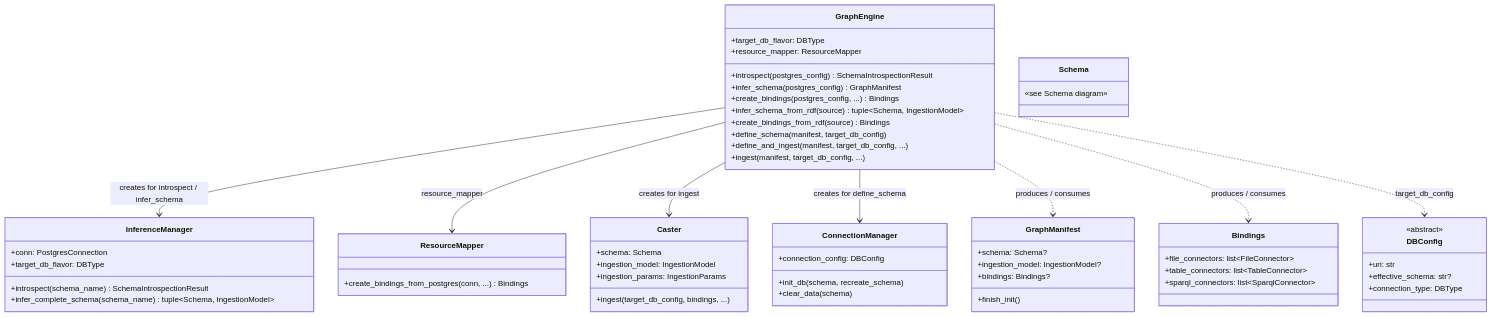
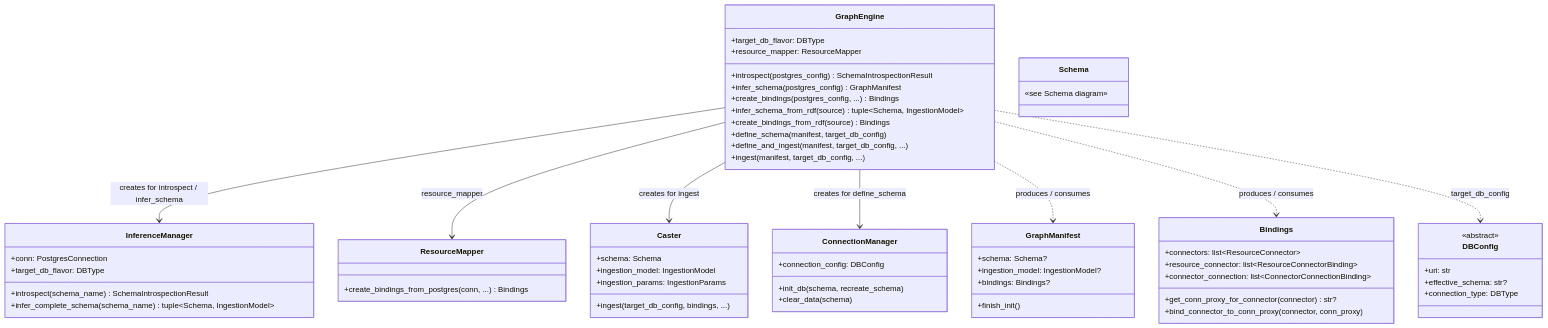
The third of 8 diagrams in docs/concepts/index.md (growgraph/graflo), drawn with Mermaid before and after one commit. The commit also changed other lines of this file and 51 other files, not shown here.

````diff
--- a/docs/concepts/index.md
+++ b/docs/concepts/index.md
@@ -123,73 +123,75 @@
 ```mermaid
 classDiagram
     direction TB
 
     class GraphEngine {
         +target_db_flavor: DBType
         +resource_mapper: ResourceMapper
         +introspect(postgres_config) SchemaIntrospectionResult
         +infer_schema(postgres_config) GraphManifest
         +create_bindings(postgres_config, ...) Bindings
         +infer_schema_from_rdf(source) tuple~Schema, IngestionModel~
         +create_bindings_from_rdf(source) Bindings
         +define_schema(manifest, target_db_config)
         +define_and_ingest(manifest, target_db_config, ...)
         +ingest(manifest, target_db_config, ...)
     }
 
     class InferenceManager {
         +conn: PostgresConnection
         +target_db_flavor: DBType
         +introspect(schema_name) SchemaIntrospectionResult
         +infer_complete_schema(schema_name) tuple~Schema, IngestionModel~
     }
 
     class ResourceMapper {
         +create_bindings_from_postgres(conn, ...) Bindings
     }
 
     class Caster {
         +schema: Schema
         +ingestion_model: IngestionModel
         +ingestion_params: IngestionParams
         +ingest(target_db_config, bindings, ...)
     }
 
     class ConnectionManager {
         +connection_config: DBConfig
         +init_db(schema, recreate_schema)
         +clear_data(schema)
     }
 
     class Schema {
         «see Schema diagram»
     }
 
     class GraphManifest {
         +schema: Schema?
         +ingestion_model: IngestionModel?
         +bindings: Bindings?
         +finish_init()
     }
 
     class Bindings {
-        +file_connectors: list~FileConnector~
-        +table_connectors: list~TableConnector~
-        +sparql_connectors: list~SparqlConnector~
+        +connectors: list~ResourceConnector~
+        +resource_connector: list~ResourceConnectorBinding~
+        +connector_connection: list~ConnectorConnectionBinding~
+        +get_conn_proxy_for_connector(connector) str?
+        +bind_connector_to_conn_proxy(connector, conn_proxy)
     }
 
     class DBConfig {
         <<abstract>>
         +uri: str
         +effective_schema: str?
         +connection_type: DBType
     }
 
     GraphEngine --> InferenceManager : creates for introspect / infer_schema
     GraphEngine --> ResourceMapper : resource_mapper
     GraphEngine --> Caster : creates for ingest
     GraphEngine --> ConnectionManager : creates for define_schema
     GraphEngine ..> GraphManifest : produces / consumes
     GraphEngine ..> Bindings : produces / consumes
     GraphEngine ..> DBConfig : target_db_config
 ```
````
